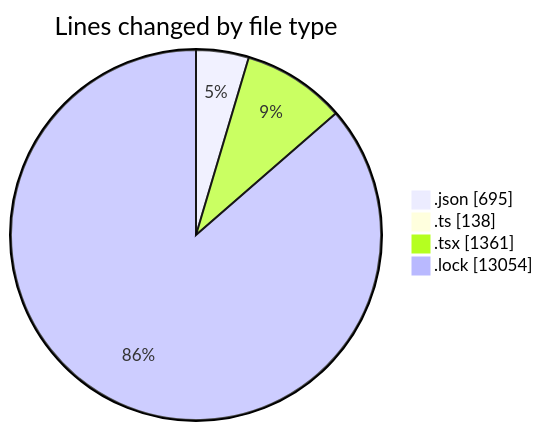
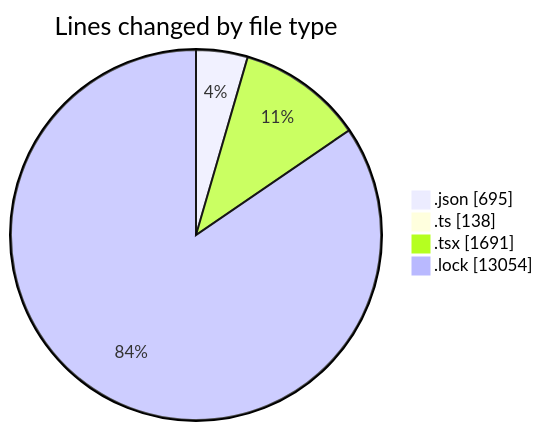
Before and after one commit to momahboobian/code-tracking: the first of 2 diagrams in 2025-05-07/cda/README.md, drawn with Mermaid. The commit also changed other lines of this file and 1 other file, not shown here.

````diff
--- a/2025-05-07/cda/README.md
+++ b/2025-05-07/cda/README.md
@@ -40,8 +45,8 @@
 ```mermaid
 pie showData
 title Lines changed by file type
 ".json" : 695
 ".ts" : 138
-".tsx" : 1361
+".tsx" : 1691
 ".lock" : 13054
 ```
````
